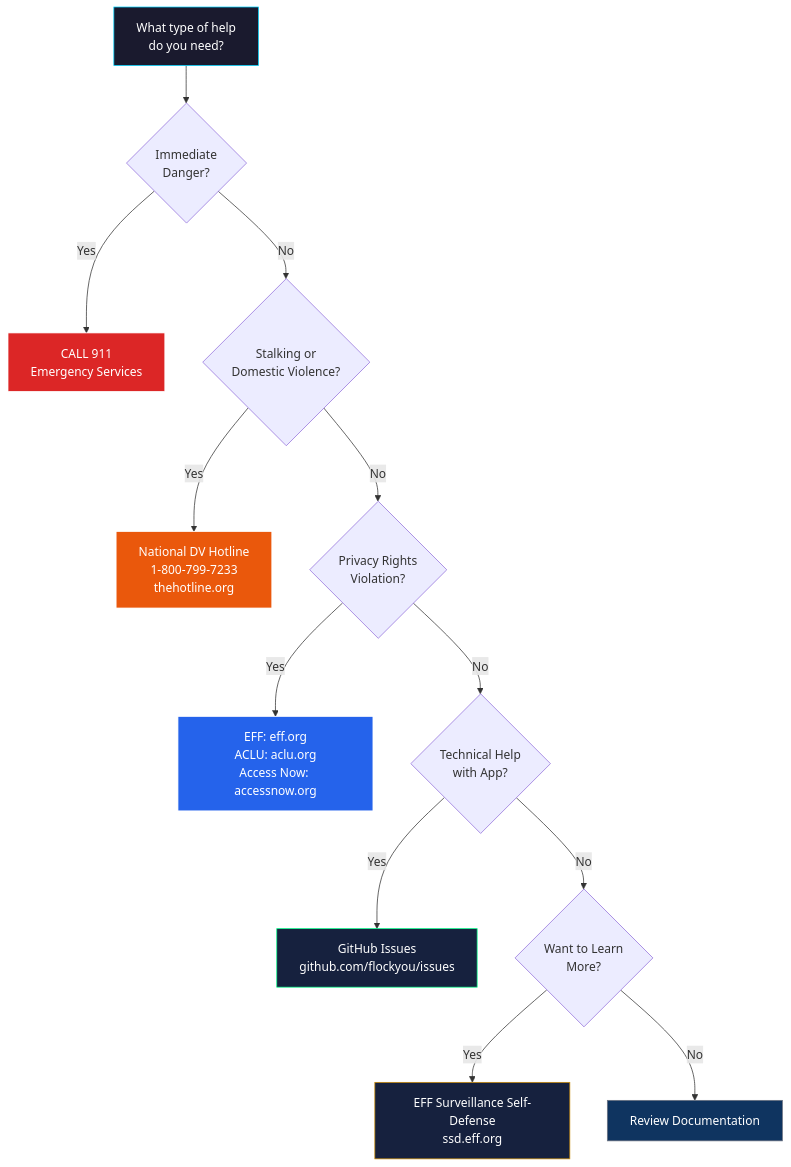
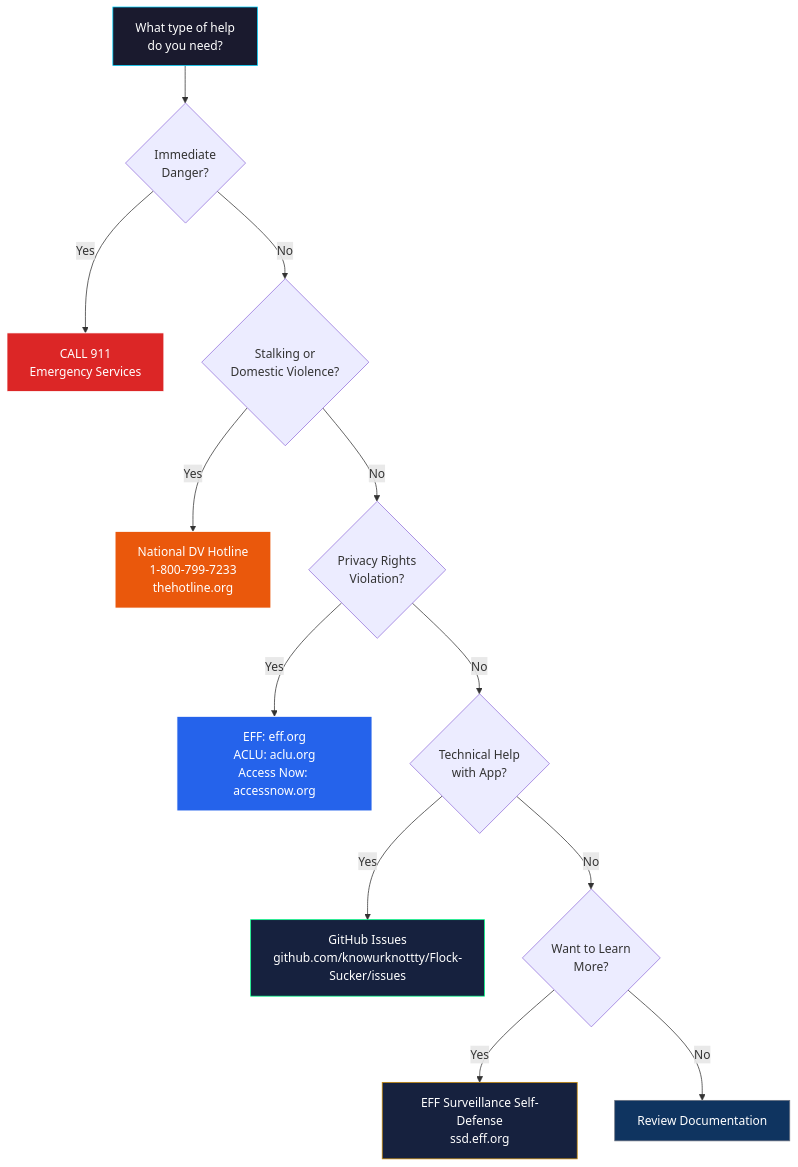
The eighth of 10 diagrams in docs/detections/README.md (knowurknottty/Flock-Sucker), drawn with Mermaid before and after one commit. The commit also changed other lines of this file and 49 other files, not shown here.

Commit message:
refactor(identity): canonicalize Flock-Sucker persistence and release surfaces

````diff
--- a/docs/detections/README.md
+++ b/docs/detections/README.md
@@ -305,27 +305,27 @@
 ```mermaid
 flowchart TD
     Start[What type of help<br/>do you need?] --> Q1{Immediate<br/>Danger?}
 
     Q1 -->|Yes| Emergency["CALL 911<br/>Emergency Services"]
     Q1 -->|No| Q2{Stalking or<br/>Domestic Violence?}
 
     Q2 -->|Yes| DV["National DV Hotline<br/>1-800-799-7233<br/>thehotline.org"]
     Q2 -->|No| Q3{Privacy Rights<br/>Violation?}
 
     Q3 -->|Yes| Legal["EFF: eff.org<br/>ACLU: aclu.org<br/>Access Now: accessnow.org"]
     Q3 -->|No| Q4{Technical Help<br/>with App?}
 
-    Q4 -->|Yes| Tech["GitHub Issues<br/>github.com/flockyou/issues"]
+    Q4 -->|Yes| Tech["GitHub Issues<br/>github.com/knowurknottty/Flock-Sucker/issues"]
     Q4 -->|No| Q5{Want to Learn<br/>More?}
 
     Q5 -->|Yes| Learn["EFF Surveillance Self-Defense<br/>ssd.eff.org"]
     Q5 -->|No| End[Review Documentation]
 
     style Start fill:#1a1a2e,stroke:#00d4ff,color:#fff
     style Emergency fill:#dc2626,stroke:#fff,color:#fff
     style DV fill:#ea580c,stroke:#fff,color:#fff
     style Legal fill:#2563eb,stroke:#fff,color:#fff
     style Tech fill:#16213e,stroke:#00ff88,color:#fff
     style Learn fill:#16213e,stroke:#ca8a04,color:#fff
     style End fill:#0f3460,stroke:#6b7280,color:#fff
 ```
````
